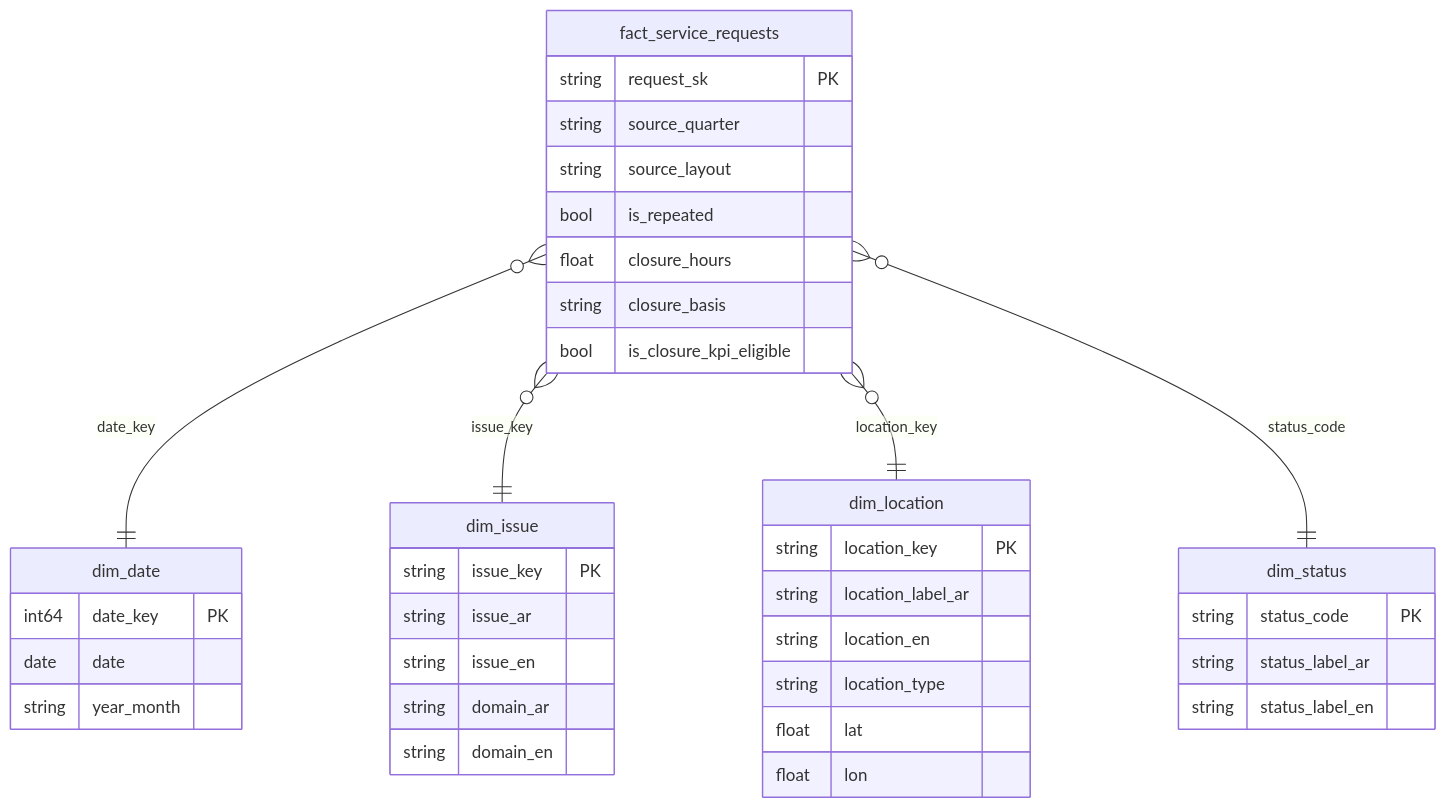
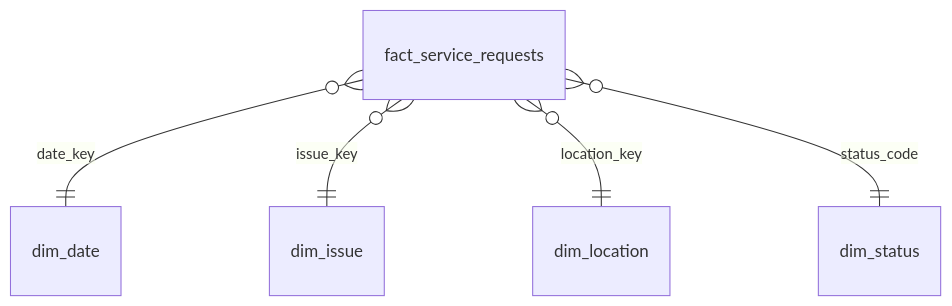
Before and after one commit to samaalharbi2/HAYY: the second of 2 diagrams in README.md, drawn with Mermaid. The commit also changed other lines of this file, not shown here.

````diff
--- a/README.md
+++ b/README.md
@@ -150,42 +70,7 @@
 ```mermaid
 erDiagram
     fact_service_requests }o--|| dim_date : date_key
     fact_service_requests }o--|| dim_issue : issue_key
     fact_service_requests }o--|| dim_location : location_key
     fact_service_requests }o--|| dim_status : status_code
-
-    fact_service_requests {
-        string request_sk PK
-        string source_quarter
-        string source_layout
-        bool   is_repeated
-        float  closure_hours
-        string closure_basis
-        bool   is_closure_kpi_eligible
-    }
-    dim_issue {
-        string issue_key PK
-        string issue_ar
-        string issue_en
-        string domain_ar
-        string domain_en
-    }
-    dim_location {
-        string location_key PK
-        string location_label_ar
-        string location_en
-        string location_type
-        float  lat
-        float  lon
-    }
-    dim_date {
-        int64 date_key PK
-        date  date
-        string year_month
-    }
-    dim_status {
-        string status_code PK
-        string status_label_ar
-        string status_label_en
-    }
 ```
````
